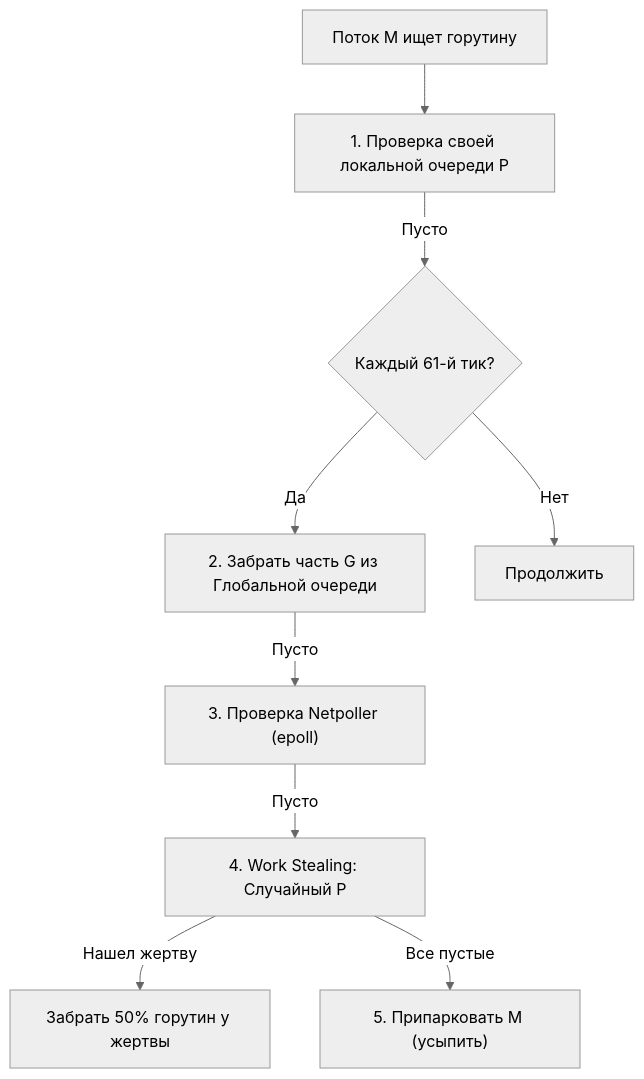
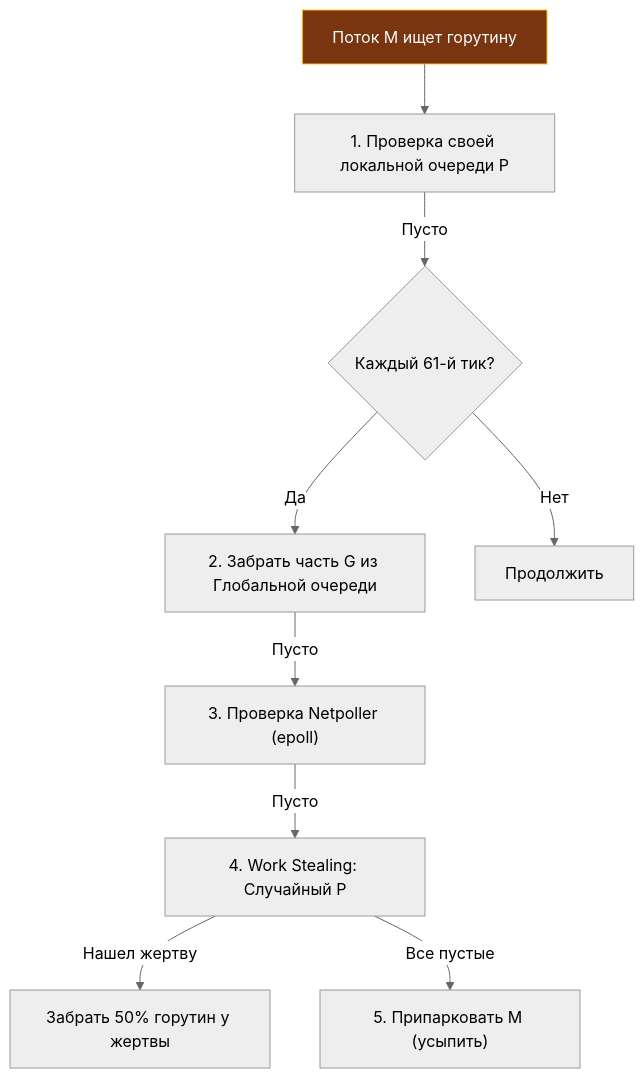
One commit to UnrealTemplier/go-textbook changed the second of 2 diagrams in sources/7. Глубокий Go (Внутреннее устройство)/9. Scheduler Go. G, M, P и work stealing.md. Above: the diagram before and after it, drawn with Mermaid (neutral theme). The commit also changed other lines of this file and 1666 other files, not shown here.

First line of the commit message:
feat(mermaid): add semantic color classDef to 1369 colorless flowchart/graph diagrams

````diff
--- a/sources/7. Глубокий Go (Внутреннее устройство)/9. Scheduler Go. G, M, P и work stealing.md
+++ b/sources/7. Глубокий Go (Внутреннее устройство)/9. Scheduler Go. G, M, P и work stealing.md
@@ -99,14 +109,24 @@
 ```mermaid
 flowchart TD
-    START["Поток M ищет горутину"] --> FIND_LOCAL["1. Проверка своей локальной очереди P"]
+    classDef process  fill:#1e293b,stroke:#38bdf8,stroke-width:1px,color:#f8fafc
+    classDef success  fill:#064e3b,stroke:#34d399,stroke-width:1px,color:#f8fafc
+    classDef error    fill:#7f1d1d,stroke:#f87171,stroke-width:1px,color:#f8fafc
+    classDef warning  fill:#78350f,stroke:#fbbf24,stroke-width:1px,color:#f8fafc
+    classDef entry    fill:#1e3a5f,stroke:#38bdf8,stroke-width:2px,color:#f8fafc
+    classDef aux      fill:#334155,stroke:#64748b,stroke-width:1px,color:#f8fafc
+    classDef system   fill:#312e81,stroke:#a78bfa,stroke-width:1px,color:#f8fafc
+    classDef data     fill:#132d29,stroke:#2dd4bf,stroke-width:1px,color:#f8fafc
+    classDef network  fill:#881337,stroke:#fb7185,stroke-width:1px,color:#f8fafc
+    classDef accent   fill:#1e1b4b,stroke:#818cf8,stroke-width:1px,color:#f8fafc
+    START["Поток M ищет горутину"]:::warning --> FIND_LOCAL["1. Проверка своей локальной очереди P"]
     FIND_LOCAL -->|Пусто| CHECK_TICK{"Каждый 61-й тик?"}
     
     CHECK_TICK -->|Да| FIND_GLOBAL["2. Забрать часть G из Глобальной очереди"]
     CHECK_TICK -->|Нет| FIND_LOCAL_AGAIN["Продолжить"]
     
     FIND_GLOBAL -->|Пусто| FIND_NET["3. Проверка Netpoller (epoll)"]
     FIND_NET -->|Пусто| STEAL["4. Work Stealing: Случайный P"]
     
     STEAL -->|Нашел жертву| GET_HALF["Забрать 50% горутин у жертвы"]
     STEAL -->|Все пустые| SLEEP["5. Припарковать M (усыпить)"]
 ```
````
